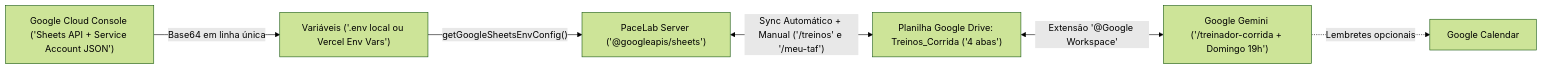
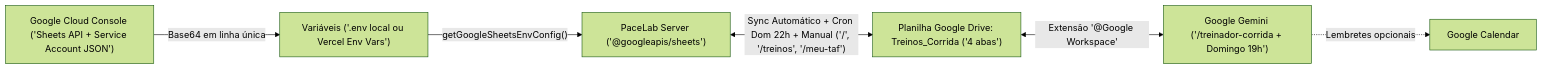
Before and after one commit to Kauanrodrigues01/PaceLab: the diagram in docs/integrations/02_google_sheets_e_gemini_passo_a_passo.md, drawn with Mermaid (forest theme). The commit also changed other lines of this file and 43 other files, not shown here.

````diff
--- a/docs/integrations/02_google_sheets_e_gemini_passo_a_passo.md
+++ b/docs/integrations/02_google_sheets_e_gemini_passo_a_passo.md
@@ -12,8 +12,8 @@
 ```mermaid
 flowchart LR
     GCP["Google Cloud Console ('Sheets API + Service Account JSON')"] -->|"Base64 em linha única"| Env["Variáveis ('.env local ou Vercel Env Vars')"]
     Env -->|"getGoogleSheetsEnvConfig()"| App["PaceLab Server ('@googleapis/sheets')"]
-    App <-->|"Sync Automático + Manual ('/treinos' e '/meu-taf')"| Sheets["Planilha Google Drive: Treinos_Corrida ('4 abas')"]
+    App <-->|"Sync Automático + Cron Dom 22h + Manual ('/', '/treinos', '/meu-taf')"| Sheets["Planilha Google Drive: Treinos_Corrida ('4 abas')"]
     Sheets <-->|"Extensão '@Google Workspace'"| Gemini["Google Gemini ('/treinador-corrida + Domingo 19h')"]
     Gemini -.->|"Lembretes opcionais"| GCal["Google Calendar"]
 ```
````
